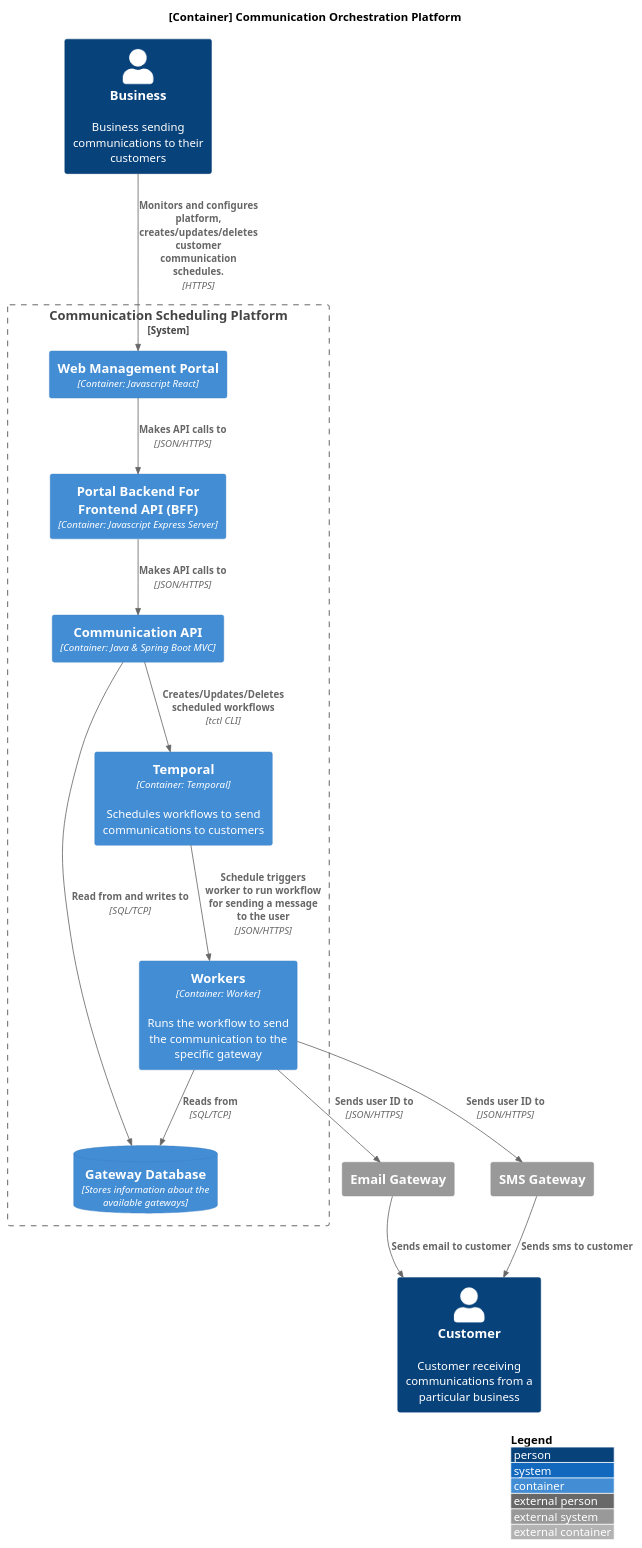
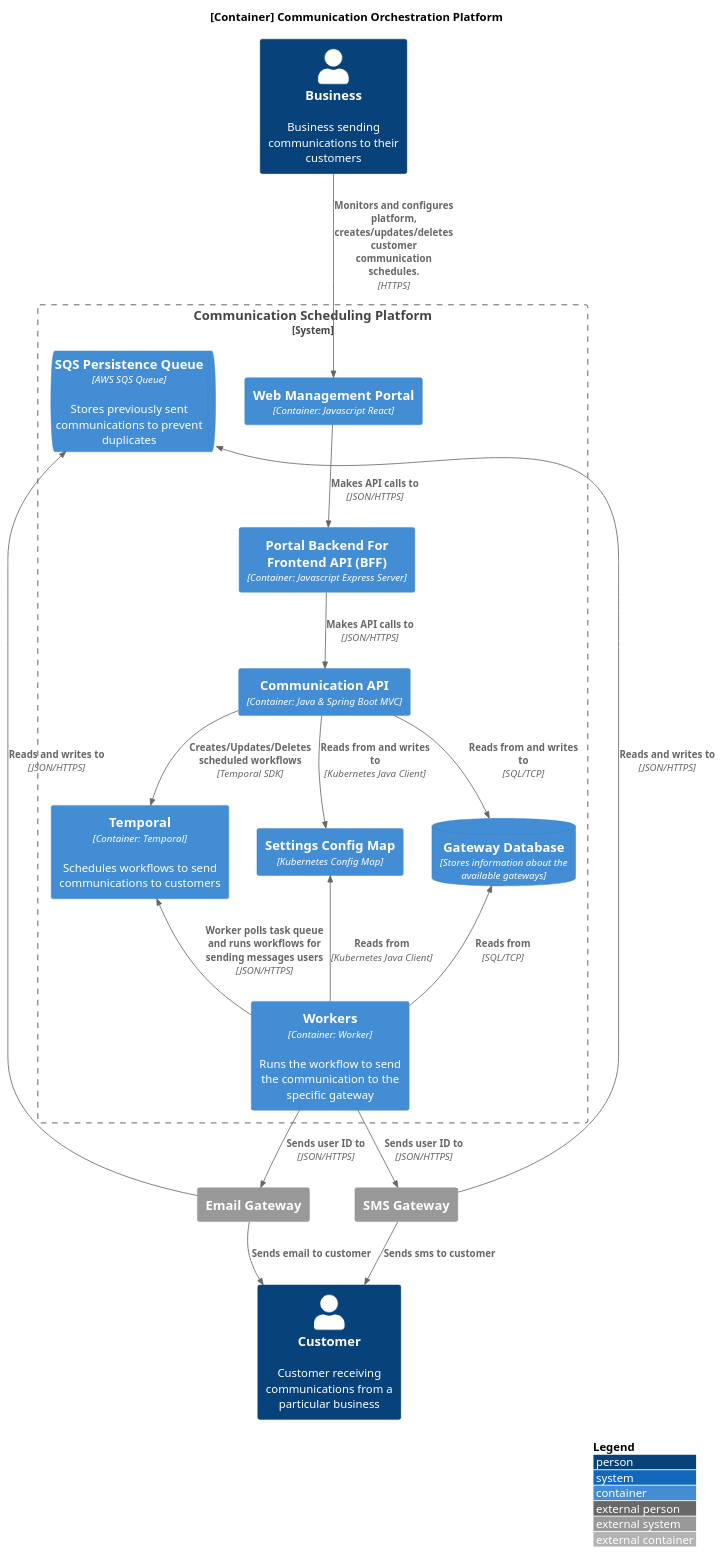
Before and after one commit to CameronWard301/communication_scheduler: the diagram in Designs/System Context/SystemContainerDiagram.puml, drawn with PlantUML. The commit also changed 23 other files, not shown here.

```diff
--- a/Designs/System Context/SystemContainerDiagram.puml
+++ b/Designs/System Context/SystemContainerDiagram.puml
@@ -1,37 +1,44 @@
 @startuml SystemContainerDiagram
 !include https://raw.githubusercontent.com/plantuml-stdlib/C4-PlantUML/master/C4_Container.puml
 
 LAYOUT_WITH_LEGEND()
 
 title [Container] Communication Orchestration Platform
 
 Person(customer, "Customer", "Customer receiving communications from a particular business")
 Person(business, "Business", "Business sending communications to their customers")
 
 System_Boundary(system, "Communication Scheduling Platform") {
     Container(temporal, "Temporal", "Container: Temporal", "Schedules workflows to send communications to customers")
-    Container(workers, "Workers", "Container: Worker", "Runs the workflow to send the communication to the specific gateway")
     ContainerDb(gatewayDB, "Gateway Database", "Stores information about the available gateways")
     Container(platformAPI, "Communication API", "Container: Java & Spring Boot MVC")
     Container(webBFF, "Portal Backend For Frontend API (BFF)", "Container: Javascript Express Server")
     Container(webPortal, "Web Management Portal", "Container: Javascript React")
+    Container(settings, "Settings Config Map", "Kubernetes Config Map")
+    Container(workers, "Workers", "Container: Worker", "Runs the workflow to send the communication to the specific gateway")
+    ContainerQueue(queue, "SQS Persistence Queue", "AWS SQS Queue", "Stores previously sent communications to prevent duplicates")
 }
 
 
 System_Ext(email_gateway, "Email Gateway")
 System_Ext(sms_gateway, "SMS Gateway")
 
 Rel(business, webPortal, "Monitors and configures platform, creates/updates/deletes customer communication schedules.", "HTTPS")
 Rel(webPortal, webBFF, "Makes API calls to", "JSON/HTTPS")
 Rel(webBFF, platformAPI, "Makes API calls to", "JSON/HTTPS")
-Rel(platformAPI, gatewayDB, "Read from and writes to", "SQL/TCP")
-Rel(platformAPI, temporal, "Creates/Updates/Deletes scheduled workflows", "tctl CLI")
-Rel(temporal, workers, "Schedule triggers worker to run workflow for sending a message to the user", "JSON/HTTPS")
-Rel(workers, gatewayDB, "Reads from", "SQL/TCP")
-Rel(workers, email_gateway, "Sends user ID to", "JSON/HTTPS")
-Rel(workers, sms_gateway, "Sends user ID to", "JSON/HTTPS")
+Rel(platformAPI, gatewayDB, "Reads from and writes to", "SQL/TCP")
+Rel(platformAPI, settings, "Reads from and writes to", "Kubernetes Java Client")
+Rel(platformAPI, temporal, "Creates/Updates/Deletes scheduled workflows", "Temporal SDK")
+Rel_Up(workers, temporal, "Worker polls task queue and runs workflows for sending messages users", "JSON/HTTPS")
+Rel_Up(workers, gatewayDB, "Reads from", "SQL/TCP")
+Rel_Up(workers, settings, "Reads from", "Kubernetes Java Client")
+Rel_Down(workers, email_gateway, "Sends user ID to", "JSON/HTTPS")
+Rel_Down(workers, sms_gateway, "Sends user ID to", "JSON/HTTPS")
 
-Rel(email_gateway, customer, "Sends email to customer")
-Rel(sms_gateway, customer, "Sends sms to customer")
+Rel_Down(email_gateway, queue, "Reads and writes to", "JSON/HTTPS")
+Rel_Down(sms_gateway, queue, "Reads and writes to", "JSON/HTTPS")
+
+Rel_Down(email_gateway, customer, "Sends email to customer")
+Rel_Down(sms_gateway, customer, "Sends sms to customer")
 
 @enduml
```
